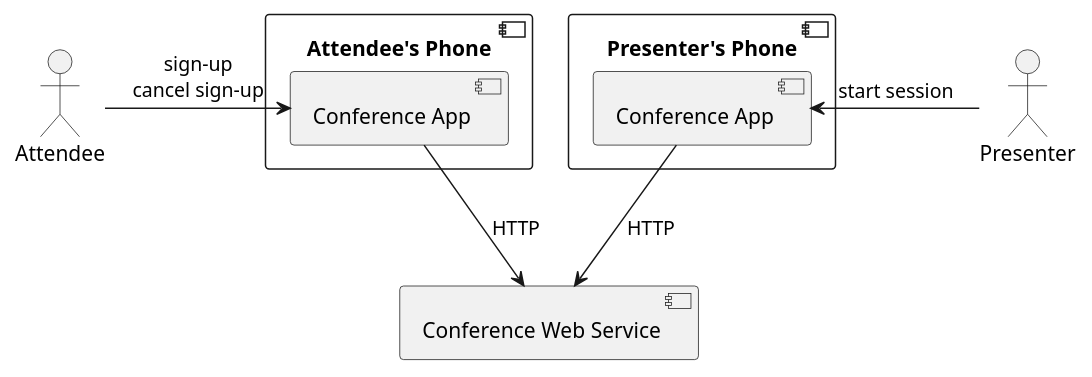
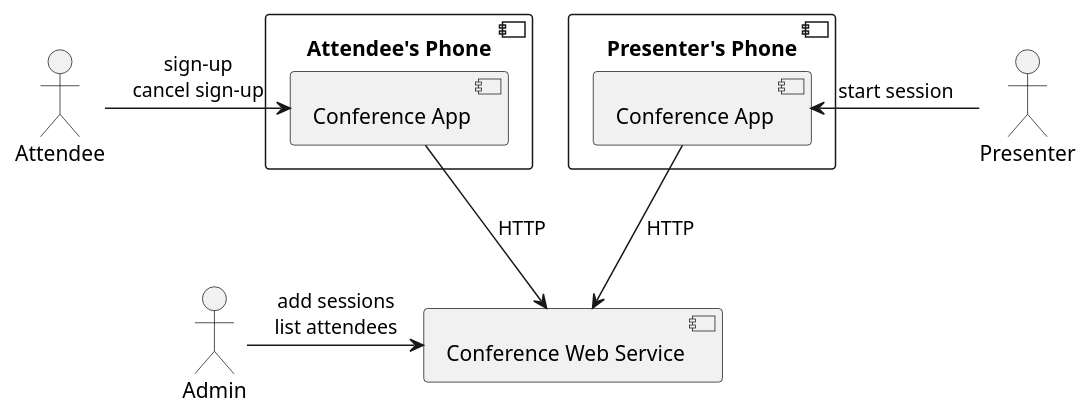
Before and after one commit to npryce/learn-you-a-kotlin: the first of 3 diagrams in INSTRUCTIONS.part4.md, drawn with PlantUML.

Commit message:
More instructions

````diff
--- a/INSTRUCTIONS.part4.md
+++ b/INSTRUCTIONS.part4.md
@@ -23,17 +23,22 @@
 ```plantuml
 :Attendee: as a
 :Presenter: as p
+:Admin: as b
+
 component "Attendee's Phone" as aPhone {
     component [Conference App] as aApp
 }
 component "Presenter's Phone" as pPhone {
     component [Conference App] as pApp
 }
 
 a -right-> aApp : "sign-up\ncancel sign-up"
 p -left-> pApp : "start session"
 
 component "Conference Web Service" as webService
 aApp -down-> webService : HTTP
 pApp -down-> webService : HTTP
+
+b -right-> webService : "add sessions\nlist attendees"
+
 ```
````
